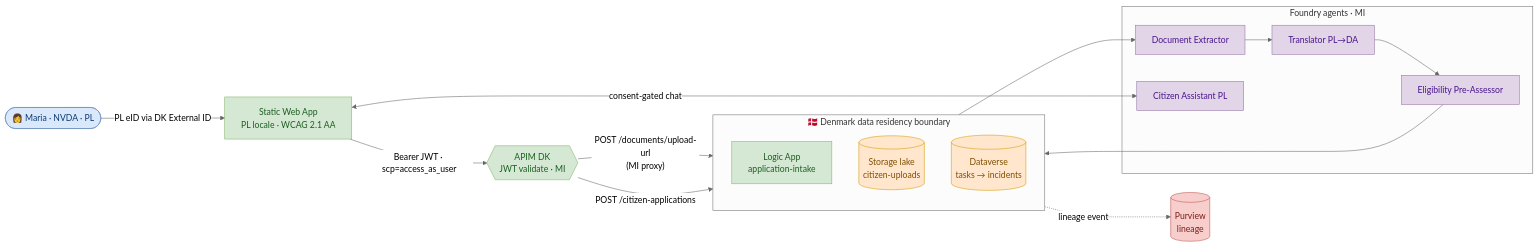
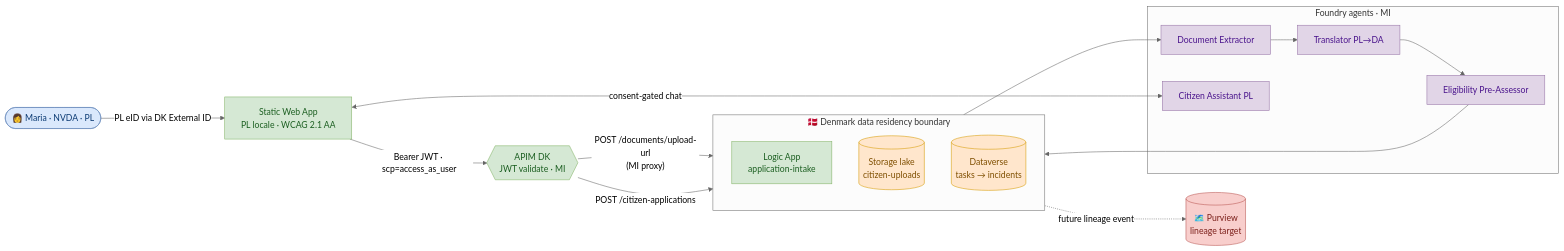
The diagram in docs/biz/uses.md (fredgis/UDCSP), drawn with Mermaid (neutral theme) before and after one commit. The commit also changed other lines of this file and 105 other files, not shown here.

````diff
--- a/docs/biz/uses.md
+++ b/docs/biz/uses.md
@@ -320,42 +322,42 @@
 ```mermaid
 flowchart LR
     Maria([👩 Maria · NVDA · PL])
     SWA[Static Web App<br/>PL locale · WCAG 2.1 AA]
     APIM{{APIM DK<br/>JWT validate · MI}}
 
     subgraph DK [🇩🇰 Denmark data residency boundary]
         direction TB
         LA[Logic App<br/>application-intake]
         LAKE[(Storage lake<br/>citizen-uploads)]
         DV[(Dataverse<br/>tasks → incidents)]
     end
 
     subgraph FOUNDRY [Foundry agents · MI]
         DOC[Document Extractor]
         TR[Translator PL→DA]
         ELIG[Eligibility Pre-Assessor]
         ASSIST[Citizen Assistant PL]
     end
 
-    PUR[(Purview<br/>lineage)]
+    PUR[(🗺️ Purview<br/>lineage target)]
 
     Maria -- "PL eID via DK External ID" --> SWA
     SWA -- "Bearer JWT · scp=access_as_user" --> APIM
     SWA <-- "consent-gated chat" --> ASSIST
     APIM -- "POST /documents/upload-url<br/>(MI proxy)" --> LAKE
     APIM -- "POST /citizen-applications" --> LA
     LA --> DOC --> TR --> ELIG --> DV
-    LA -. "lineage event" .-> PUR
+    LA -. "future lineage event" .-> PUR
 
     classDef citizen fill:#dae8fc,stroke:#6c8ebf,color:#0b3a73;
     classDef app fill:#d5e8d4,stroke:#82b366,color:#1b5e20;
     classDef ai fill:#e1d5e7,stroke:#9673a6,color:#4a148c;
     classDef store fill:#ffe6cc,stroke:#d79b00,color:#7f4f00;
     classDef gov fill:#f8cecc,stroke:#b85450,color:#7b1f1a;
 
     class Maria citizen;
     class SWA,APIM,LA app;
     class DOC,TR,ELIG,ASSIST ai;
     class LAKE,DV store;
     class PUR gov;
 ```
````
